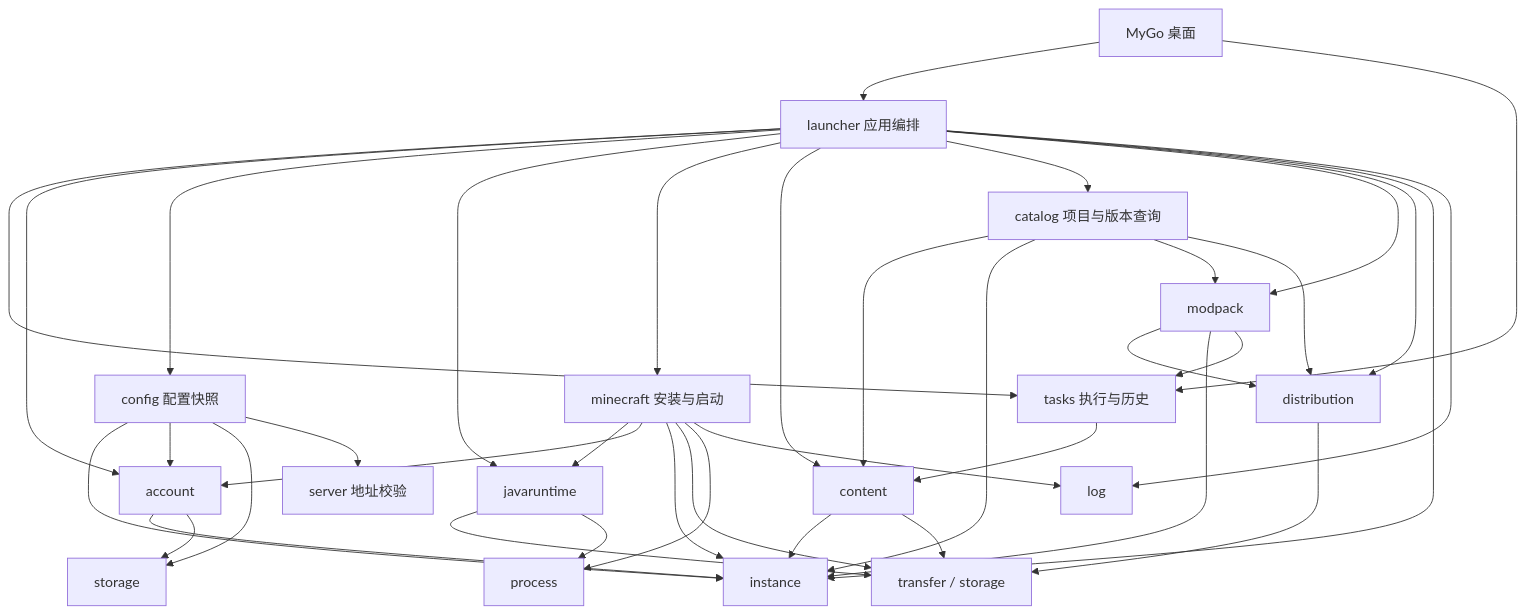
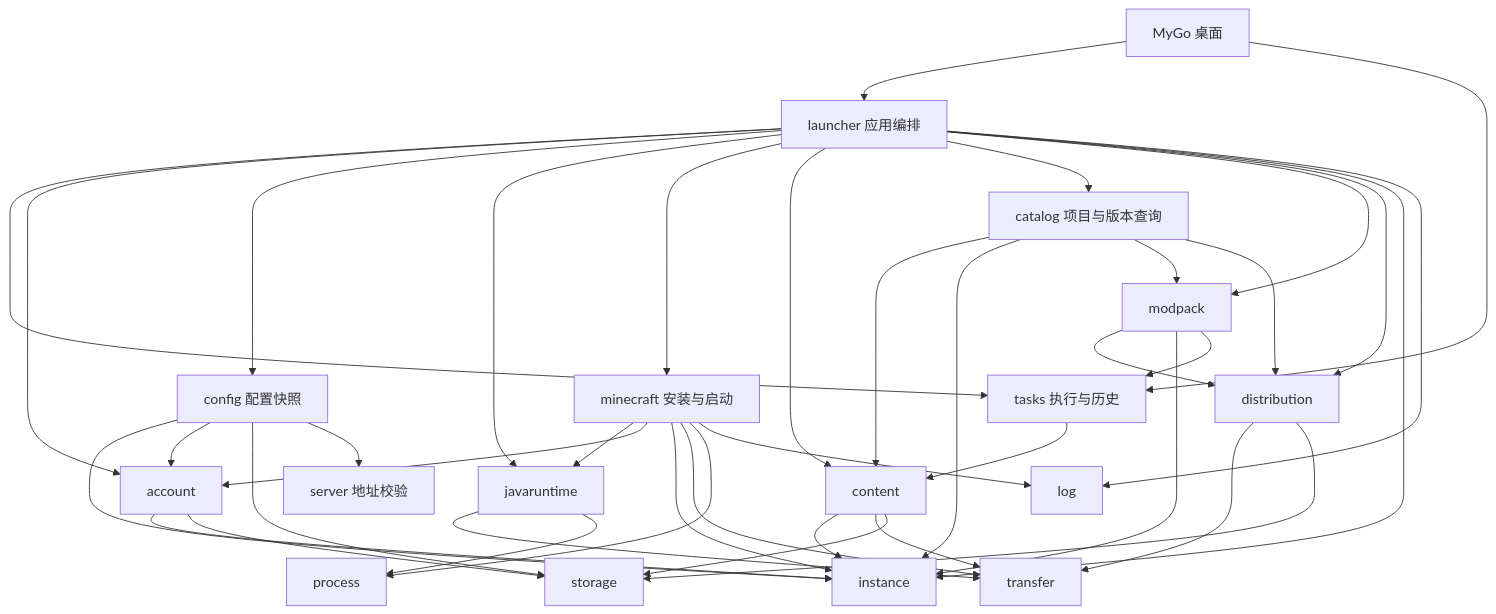
One commit to CAUCraft/LXMCL changed the diagram in docs/architecture.md. Above: the diagram before and after it, drawn with Mermaid. The commit also changed other lines of this file and 15 other files, not shown here.

````diff
--- a/docs/architecture.md
+++ b/docs/architecture.md
@@ -30,41 +30,43 @@
 ```mermaid
 flowchart TD
     UI[MyGo 桌面] --> Launcher[launcher 应用编排]
     UI --> Tasks[tasks 执行与历史]
     Launcher --> Tasks
     Launcher --> Account[account]
     Launcher --> Config[config 配置快照]
     Config --> Instance
     Config --> Account
     Config --> Storage
     Config --> Server[server 地址校验]
     Launcher --> Java[javaruntime]
     Launcher --> Minecraft[minecraft 安装与启动]
     Minecraft --> Java
     Minecraft --> Account
     Minecraft --> Instance
     Minecraft --> Transfer
     Minecraft --> Process
     Minecraft --> Logs
     Launcher --> Content[content]
     Launcher --> Catalog[catalog 项目与版本查询]
     Catalog --> Content
     Catalog --> Instance
     Catalog --> Modpack
     Catalog --> Distribution
     Launcher --> Modpack[modpack]
     Launcher --> Distribution[distribution]
     Modpack --> Distribution
     Modpack --> Instance
     Modpack --> Tasks
     Distribution --> Transfer
+    Distribution --> Storage
     Launcher --> Instance[instance]
     Tasks --> Content
     Content --> Instance
-    Content --> Transfer[transfer / storage]
+    Content --> Transfer[transfer]
+    Content --> Storage
     Java --> Transfer
     Java --> Process[process]
     Account --> Instance
     Account --> Storage[storage]
     Launcher --> Logs[log]
 ```
````
